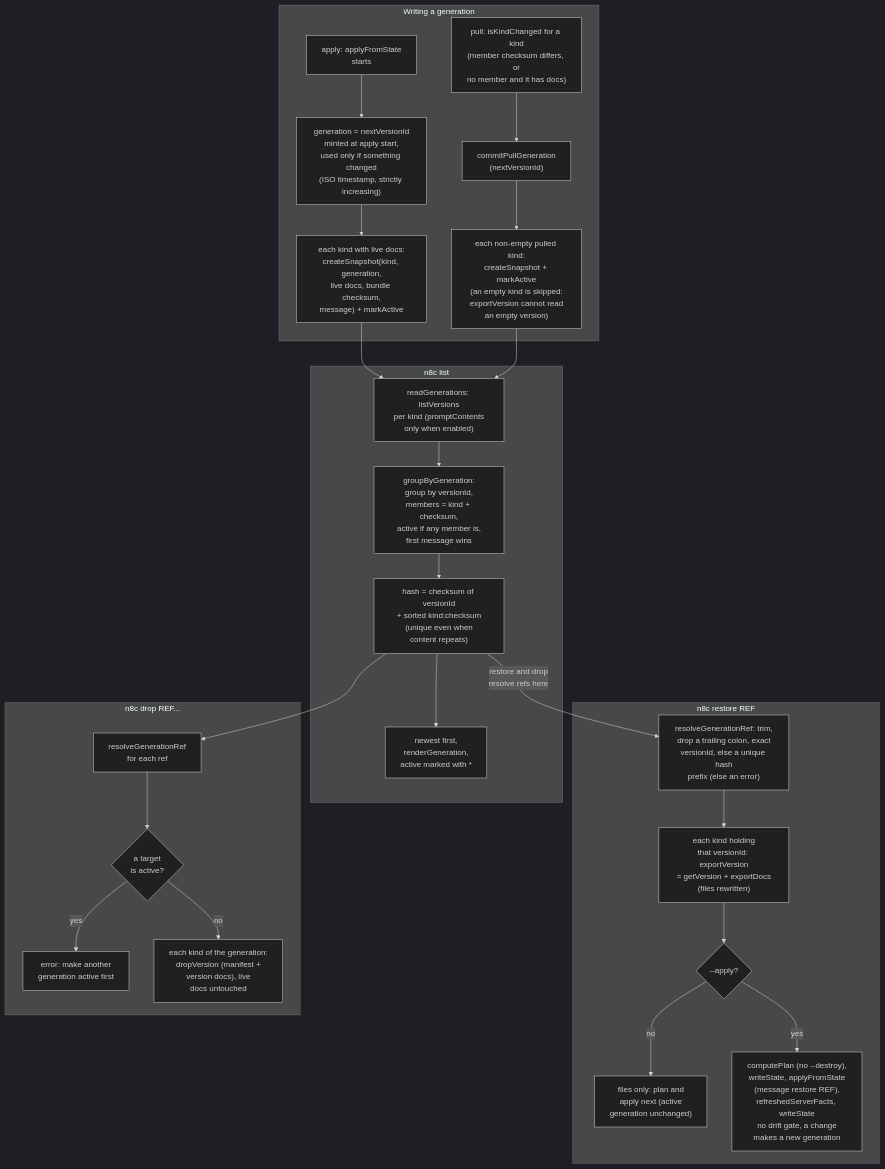
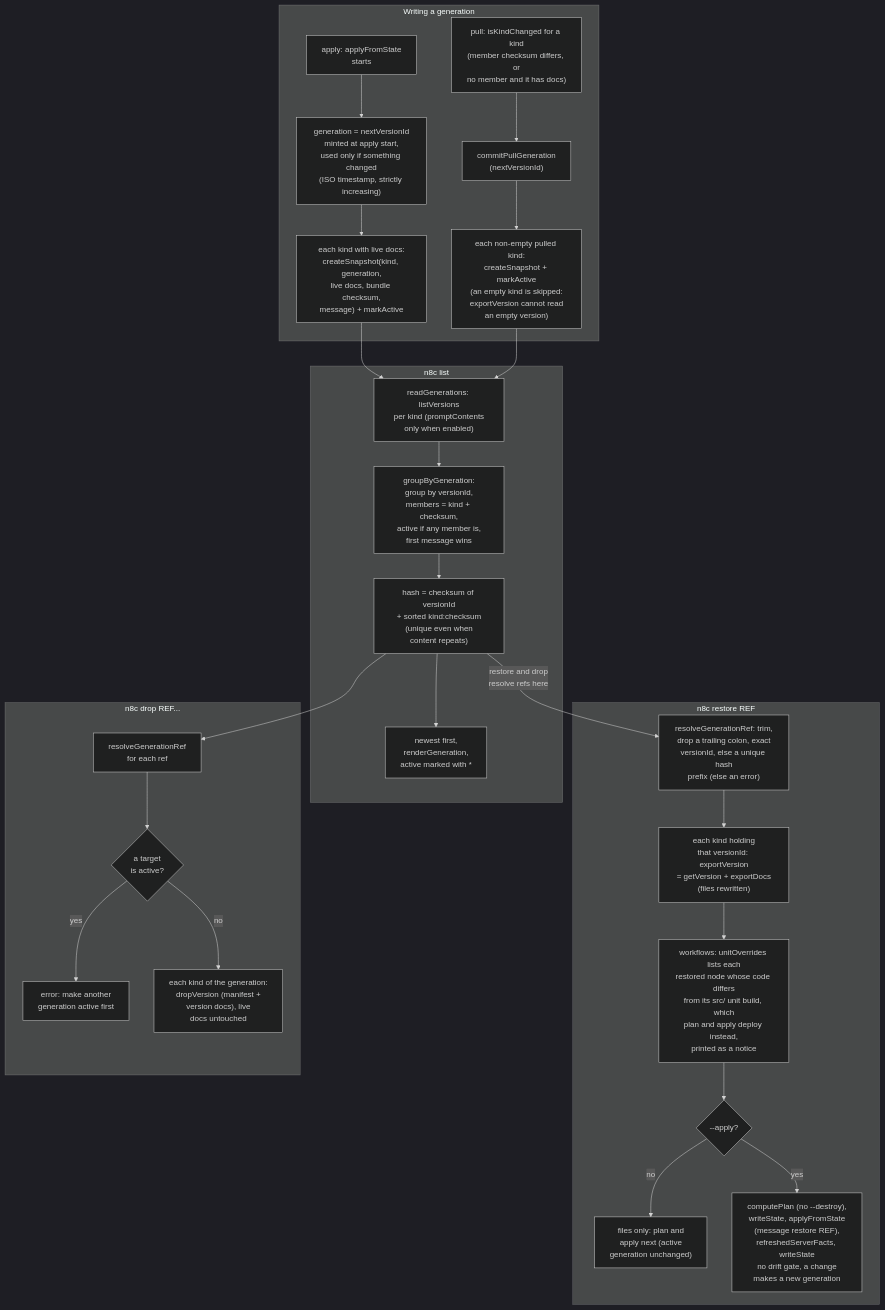
One commit to nullseal/n8c changed the eighth of 15 diagrams in docs/ARCHITECTURE.md. Above: the diagram before and after it, drawn with Mermaid (dark theme). The commit also changed other lines of this file and 17 other files, not shown here.

````diff
--- a/docs/ARCHITECTURE.md
+++ b/docs/ARCHITECTURE.md
@@ -518,29 +531,30 @@
 ```mermaid
 flowchart TD
     subgraph WRITE["Writing a generation"]
         AP["apply: applyFromState<br/>starts"] --> G1["generation = nextVersionId<br/>minted at apply start,<br/>used only if something changed<br/>(ISO timestamp, strictly increasing)"]
         G1 --> SNAP["each kind with live docs:<br/>createSnapshot(kind, generation,<br/>live docs, bundle checksum,<br/>message) + markActive"]
         PL["pull: isKindChanged for a kind<br/>(member checksum differs, or<br/>no member and it has docs)"] --> G2["commitPullGeneration<br/>(nextVersionId)"]
         G2 --> SNAP2["each non-empty pulled kind:<br/>createSnapshot + markActive<br/>(an empty kind is skipped:<br/>exportVersion cannot read<br/>an empty version)"]
     end
     subgraph LIST["n8c list"]
         RG["readGenerations: listVersions<br/>per kind (promptContents<br/>only when enabled)"] --> GB["groupByGeneration:<br/>group by versionId,<br/>members = kind + checksum,<br/>active if any member is,<br/>first message wins"]
         GB --> H["hash = checksum of versionId<br/>+ sorted kind:checksum<br/>(unique even when<br/>content repeats)"]
         H --> SORT["newest first,<br/>renderGeneration,<br/>active marked with *"]
     end
     SNAP --> RG
     SNAP2 --> RG
     H -->|"restore and drop<br/>resolve refs here"| R1
     H --> D1
     subgraph RESTORE["n8c restore REF"]
         R1["resolveGenerationRef: trim,<br/>drop a trailing colon, exact<br/>versionId, else a unique hash<br/>prefix (else an error)"] --> R2["each kind holding<br/>that versionId: exportVersion<br/>= getVersion + exportDocs<br/>(files rewritten)"]
-        R2 --> R3{"--apply?"}
+        R2 --> RU["workflows: unitOverrides lists each<br/>restored node whose code differs<br/>from its src/ unit build, which<br/>plan and apply deploy instead,<br/>printed as a notice"]
+        RU --> R3{"--apply?"}
         R3 -->|"no"| R4["files only: plan and<br/>apply next (active<br/>generation unchanged)"]
         R3 -->|"yes"| R5["computePlan (no --destroy),<br/>writeState, applyFromState<br/>(message restore REF),<br/>refreshedServerFacts, writeState<br/>no drift gate, a change<br/>makes a new generation"]
     end
     subgraph DROP["n8c drop REF..."]
         D1["resolveGenerationRef<br/>for each ref"] --> D2{"a target<br/>is active?"}
         D2 -->|"yes"| D3["error: make another<br/>generation active first"]
         D2 -->|"no"| D4["each kind of the generation:<br/>dropVersion (manifest +<br/>version docs), live<br/>docs untouched"]
     end
 ```
````
